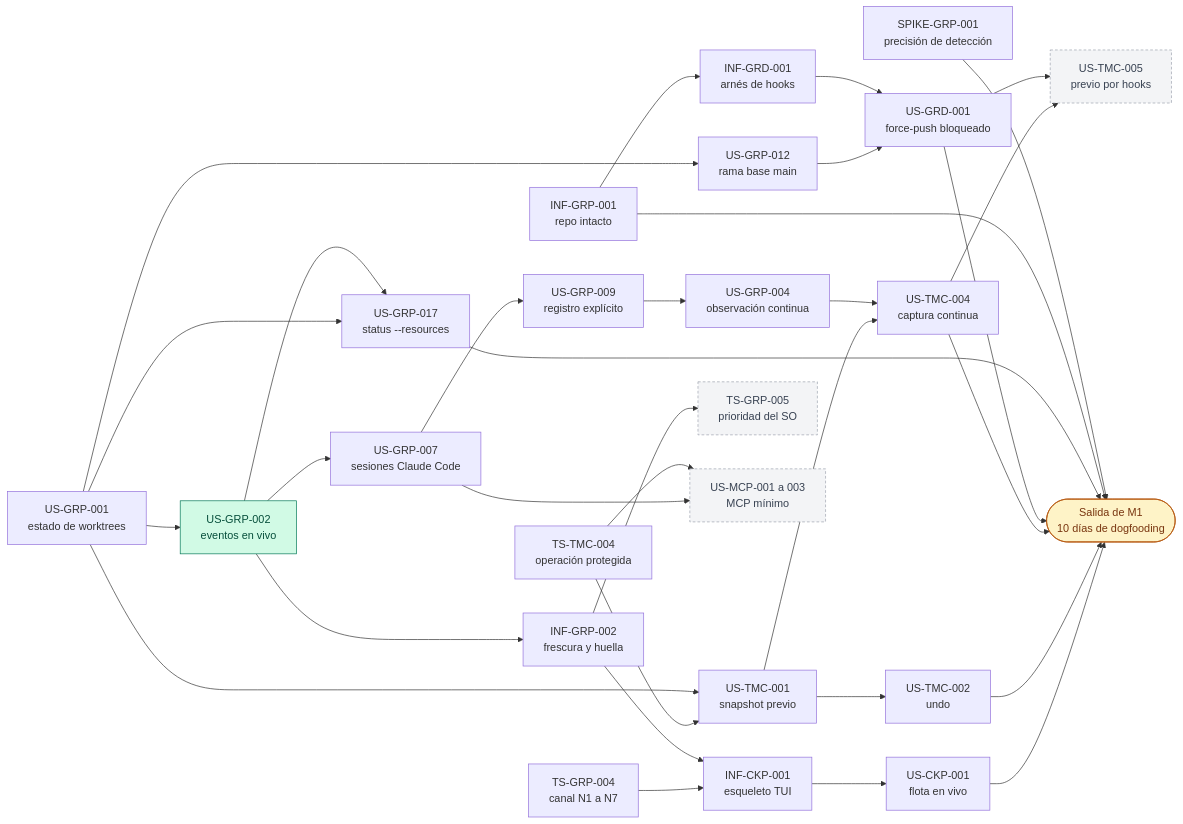
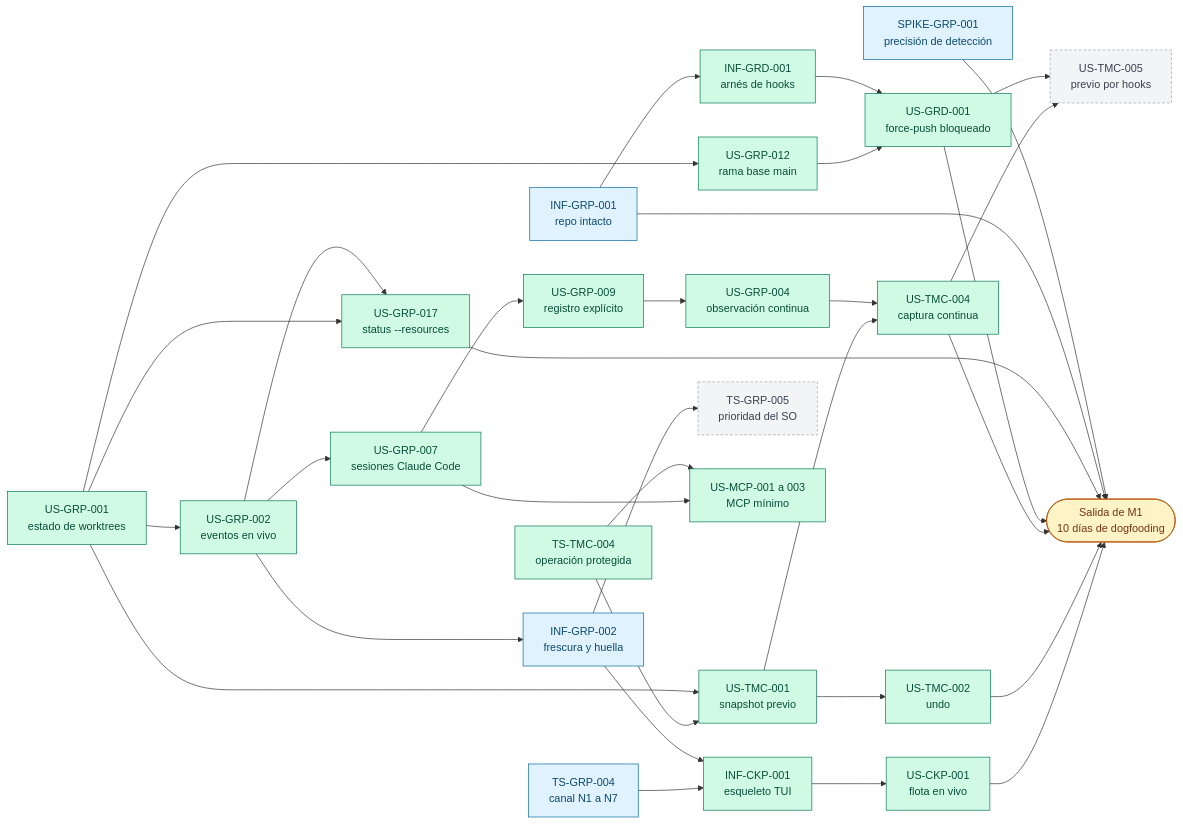
The diagram in docs/requirements/backlog.md (rbonillajr/gitRaptor), drawn with Mermaid before and after one commit. The commit also changed other lines of this file, not shown here.

Commit message:
docs(backlog): record the M1 exit criteria status as of 2026-10-08

````diff
--- a/docs/requirements/backlog.md
+++ b/docs/requirements/backlog.md
@@ -95,55 +115,56 @@
 ```mermaid
 flowchart LR
   classDef done fill:#d1fae5,stroke:#047857,color:#064e3b
   classDef should fill:#f3f4f6,stroke:#9ca3af,color:#374151,stroke-dasharray: 4 3
   classDef exit fill:#fef3c7,stroke:#b45309,color:#78350f
+  classDef partial fill:#e0f2fe,stroke:#0369a1,color:#0c4a6e
 
-  G1["US-GRP-001<br/>estado de worktrees"]
+  G1["US-GRP-001<br/>estado de worktrees"]:::done
   G2["US-GRP-002<br/>eventos en vivo"]:::done
-  G7["US-GRP-007<br/>sesiones Claude Code"]
-  G9["US-GRP-009<br/>registro explícito"]
-  G4["US-GRP-004<br/>observación continua"]
-  G12["US-GRP-012<br/>rama base main"]
-  G17["US-GRP-017<br/>status --resources"]
-  CH["TS-GRP-004<br/>canal N1 a N7"]
-  IG1["INF-GRP-001<br/>repo intacto"]
-  IG2["INF-GRP-002<br/>frescura y huella"]
-  IC1["INF-CKP-001<br/>esqueleto TUI"]
-  C1["US-CKP-001<br/>flota en vivo"]
-  T4["TS-TMC-004<br/>operación protegida"]
-  M1T["US-TMC-001<br/>snapshot previo"]
-  M2T["US-TMC-002<br/>undo"]
-  M4T["US-TMC-004<br/>captura continua"]
-  ID1["INF-GRD-001<br/>arnés de hooks"]
-  D1["US-GRD-001<br/>force-push bloqueado"]
-  SP["SPIKE-GRP-001<br/>precisión de detección"]
+  G7["US-GRP-007<br/>sesiones Claude Code"]:::done
+  G9["US-GRP-009<br/>registro explícito"]:::done
+  G4["US-GRP-004<br/>observación continua"]:::done
+  G12["US-GRP-012<br/>rama base main"]:::done
+  G17["US-GRP-017<br/>status --resources"]:::done
+  CH["TS-GRP-004<br/>canal N1 a N7"]:::partial
+  IG1["INF-GRP-001<br/>repo intacto"]:::partial
+  IG2["INF-GRP-002<br/>frescura y huella"]:::partial
+  IC1["INF-CKP-001<br/>esqueleto TUI"]:::done
+  C1["US-CKP-001<br/>flota en vivo"]:::done
+  T4["TS-TMC-004<br/>operación protegida"]:::done
+  M1T["US-TMC-001<br/>snapshot previo"]:::done
+  M2T["US-TMC-002<br/>undo"]:::done
+  M4T["US-TMC-004<br/>captura continua"]:::done
+  ID1["INF-GRD-001<br/>arnés de hooks"]:::done
+  D1["US-GRD-001<br/>force-push bloqueado"]:::done
+  SP["SPIKE-GRP-001<br/>precisión de detección"]:::partial
   TS5["TS-GRP-005<br/>prioridad del SO"]:::should
   M5T["US-TMC-005<br/>previo por hooks"]:::should
-  MCP["US-MCP-001 a 003<br/>MCP mínimo"]:::should
+  MCP["US-MCP-001 a 003<br/>MCP mínimo"]:::done
   EXIT(["Salida de M1<br/>10 días de dogfooding"]):::exit
 
   G1 --> G2 --> G7 --> G9 --> G4
   G1 --> G12 --> D1
   G2 --> IG2
   G1 --> G17
   G2 --> G17
   CH --> IC1
   IG2 --> IC1 --> C1
   T4 --> M1T
   G1 --> M1T --> M2T
   M1T --> M4T
   G4 --> M4T
   IG1 --> ID1 --> D1
   IG2 --> TS5
   M4T --> M5T
   D1 --> M5T
   G7 --> MCP
   T4 --> MCP
   C1 --> EXIT
   M2T --> EXIT
   M4T --> EXIT
   D1 --> EXIT
   G17 --> EXIT
   IG1 --> EXIT
   SP --> EXIT
 ```
````
